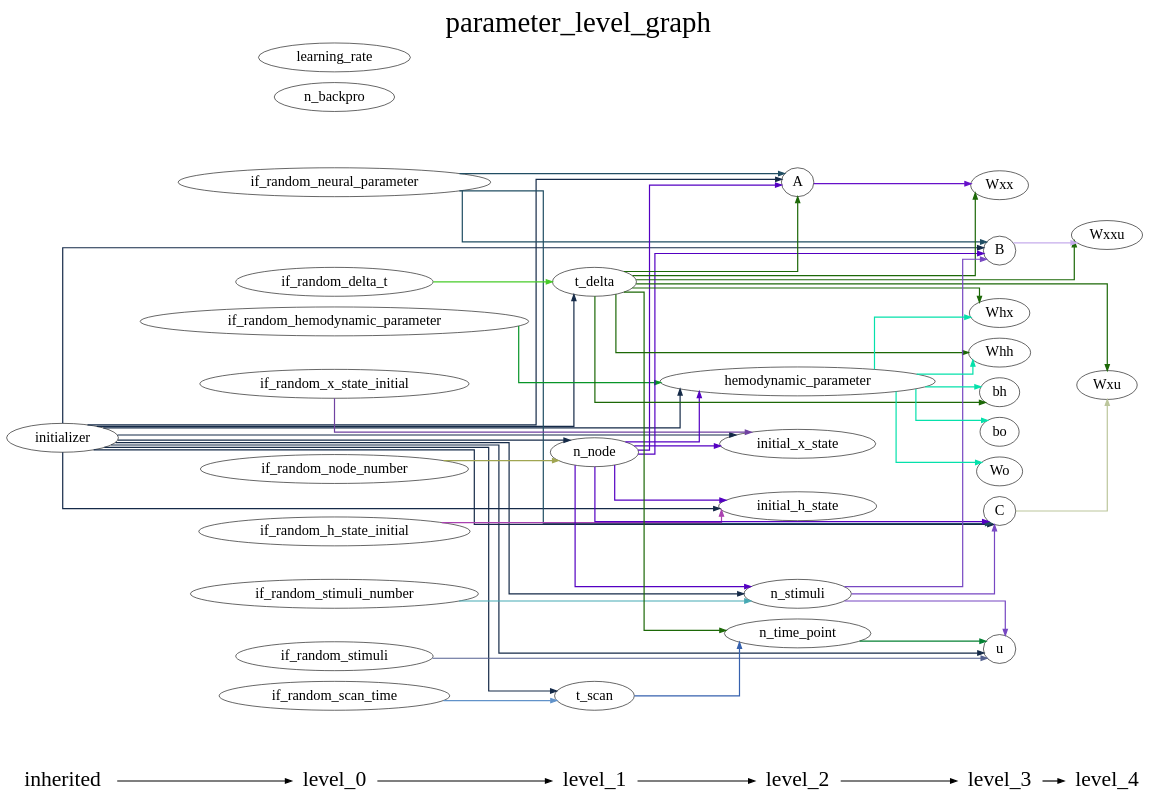
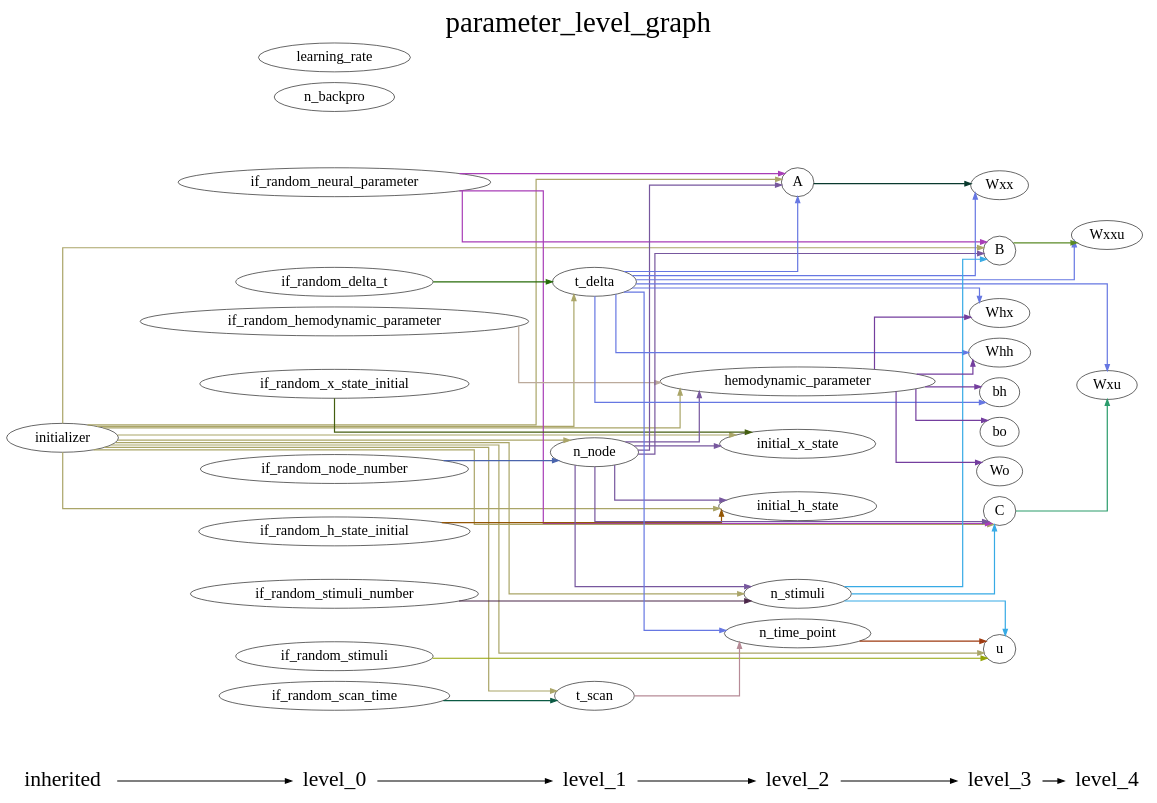
One commit to YuanWangOnward/DCM_RNN changed the diagram in DCM_RNN/documents/parameter_level_graph.gv. Above: the diagram before and after it, drawn with Graphviz. The commit also changed 3 other files, not shown here.

```diff
--- a/DCM_RNN/documents/parameter_level_graph.gv
+++ b/DCM_RNN/documents/parameter_level_graph.gv
@@ -1,131 +1,131 @@
 digraph G {
           splines=ortho;
           fontsize = 48;
           rankdir = "LR";
           node[fontsize=24];
           edge[penwidth=2];
           {
           node [shape=plaintext fontsize=36];
           inherited -> 
           level_0 -> 
           level_1 -> 
           level_2 -> 
           level_3 -> 
           level_4
           }
           {rank = same;
           inherited;
           initializer;
           }
           {rank = same;
           level_0;
           if_random_neural_parameter;
           if_random_hemodynamic_parameter;
           if_random_x_state_initial;
           if_random_h_state_initial;
           if_random_stimuli;
           if_random_node_number;
           if_random_stimuli_number;
           if_random_delta_t;
           if_random_scan_time;
           n_backpro;
           learning_rate;
           }
           {rank = same;
           level_1;
           n_node;
           t_delta;
           t_scan;
           }
           {rank = same;
           level_2;
           n_time_point;
           n_stimuli;
           A;
           hemodynamic_parameter;
           initial_x_state;
           initial_h_state;
           }
           {rank = same;
           level_3;
           u;
           B;
           C;
           Wxx;
           Whx;
           Whh;
           bh;
           Wo;
           bo;
           }
           {rank = same;
           level_4;
           Wxxu;
           Wxu;
           }
-          hemodynamic_parameter -> Whh [color="#05E1AB"];
-          hemodynamic_parameter -> bo [color="#05E1AB"];
-          hemodynamic_parameter -> bh [color="#05E1AB"];
-          hemodynamic_parameter -> Wo [color="#05E1AB"];
-          hemodynamic_parameter -> Whx [color="#05E1AB"];
-          initializer -> hemodynamic_parameter [color="#152A48"];
-          initializer -> initial_x_state [color="#152A48"];
-          initializer -> A [color="#152A48"];
-          initializer -> u [color="#152A48"];
-          initializer -> B [color="#152A48"];
-          initializer -> n_node [color="#152A48"];
-          initializer -> C [color="#152A48"];
-          initializer -> t_delta [color="#152A48"];
-          initializer -> initial_h_state [color="#152A48"];
-          initializer -> n_stimuli [color="#152A48"];
-          initializer -> t_scan [color="#152A48"];
+          if_random_hemodynamic_parameter -> hemodynamic_parameter [color="#BBAA9B"];
+          C -> Wxu [color="#2A9C6B"];
+          Whx ;
+          if_random_delta_t -> t_delta [color="#276B09"];
+          if_random_stimuli -> u [color="#93A305"];
+          Wxxu ;
+          initial_h_state ;
+          Wxu ;
+          if_random_stimuli_number -> n_stimuli [color="#4B2649"];
+          n_stimuli -> C [color="#37AAE5"];
+          n_stimuli -> B [color="#37AAE5"];
+          n_stimuli -> u [color="#37AAE5"];
+          n_node -> C [color="#77579E"];
+          n_node -> initial_h_state [color="#77579E"];
+          n_node -> n_stimuli [color="#77579E"];
+          n_node -> A [color="#77579E"];
+          n_node -> B [color="#77579E"];
+          n_node -> initial_x_state [color="#77579E"];
+          n_node -> hemodynamic_parameter [color="#77579E"];
+          A -> Wxx [color="#093A2E"];
+          B -> Wxxu [color="#5A8A26"];
+          Wo ;
+          if_random_h_state_initial -> initial_h_state [color="#935604"];
+          if_random_node_number -> n_node [color="#4A64AC"];
+          n_time_point -> u [color="#9E3A10"];
+          learning_rate ;
+          t_scan -> n_time_point [color="#B78B97"];
+          Whh ;
+          u ;
+          t_delta -> Whx [color="#6677E2"];
+          t_delta -> Wxxu [color="#6677E2"];
+          t_delta -> Wxu [color="#6677E2"];
+          t_delta -> A [color="#6677E2"];
+          t_delta -> n_time_point [color="#6677E2"];
+          t_delta -> bh [color="#6677E2"];
+          t_delta -> Whh [color="#6677E2"];
+          t_delta -> Wxx [color="#6677E2"];
+          Wxx ;
+          if_random_scan_time -> t_scan [color="#0B5A44"];
           initial_x_state ;
-          if_random_hemodynamic_parameter -> hemodynamic_parameter [color="#089528"];
-          initial_h_state ;
-          if_random_node_number -> n_node [color="#A0A551"];
-          if_random_delta_t -> t_delta [color="#47CB28"];
-          Wo ;
-          Whh ;
-          learning_rate ;
-          if_random_scan_time -> t_scan [color="#6192C9"];
-          A -> Wxx [color="#6610C9"];
-          Wxx ;
-          u ;
-          B -> Wxxu [color="#C6ACEB"];
-          n_stimuli -> u [color="#7747C2"];
-          n_stimuli -> B [color="#7747C2"];
-          n_stimuli -> C [color="#7747C2"];
+          bh ;
           bo ;
-          if_random_stimuli -> u [color="#546190"];
-          C -> Wxu [color="#BCC69C"];
-          t_delta -> Wxx [color="#1C6807"];
-          t_delta -> Whh [color="#1C6807"];
-          t_delta -> A [color="#1C6807"];
-          t_delta -> n_time_point [color="#1C6807"];
-          t_delta -> Wxu [color="#1C6807"];
-          t_delta -> bh [color="#1C6807"];
-          t_delta -> Wxxu [color="#1C6807"];
-          t_delta -> Whx [color="#1C6807"];
-          n_time_point -> u [color="#048033"];
-          n_node -> hemodynamic_parameter [color="#5400C2"];
-          n_node -> initial_x_state [color="#5400C2"];
-          n_node -> A [color="#5400C2"];
-          n_node -> B [color="#5400C2"];
-          n_node -> C [color="#5400C2"];
-          n_node -> initial_h_state [color="#5400C2"];
-          n_node -> n_stimuli [color="#5400C2"];
-          if_random_x_state_initial -> initial_x_state [color="#7042A1"];
-          Wxu ;
-          bh ;
-          if_random_h_state_initial -> initial_h_state [color="#AA41B0"];
-          Wxxu ;
-          t_scan -> n_time_point [color="#3661AE"];
+          if_random_neural_parameter -> C [color="#A83EB7"];
+          if_random_neural_parameter -> A [color="#A83EB7"];
+          if_random_neural_parameter -> B [color="#A83EB7"];
           n_backpro ;
-          if_random_neural_parameter -> A [color="#214E63"];
-          if_random_neural_parameter -> B [color="#214E63"];
-          if_random_neural_parameter -> C [color="#214E63"];
-          if_random_stimuli_number -> n_stimuli [color="#45A9B3"];
-          Whx ;
+          hemodynamic_parameter -> Whx [color="#743E9E"];
+          hemodynamic_parameter -> Wo [color="#743E9E"];
+          hemodynamic_parameter -> bh [color="#743E9E"];
+          hemodynamic_parameter -> Whh [color="#743E9E"];
+          hemodynamic_parameter -> bo [color="#743E9E"];
+          if_random_x_state_initial -> initial_x_state [color="#445E10"];
+          initializer -> C [color="#AAA568"];
+          initializer -> initial_h_state [color="#AAA568"];
+          initializer -> n_stimuli [color="#AAA568"];
+          initializer -> n_node [color="#AAA568"];
+          initializer -> A [color="#AAA568"];
+          initializer -> B [color="#AAA568"];
+          initializer -> t_scan [color="#AAA568"];
+          initializer -> u [color="#AAA568"];
+          initializer -> t_delta [color="#AAA568"];
+          initializer -> initial_x_state [color="#AAA568"];
+          initializer -> hemodynamic_parameter [color="#AAA568"];
           labelloc = "t";
           label = "parameter_level_graph";
 }
```
